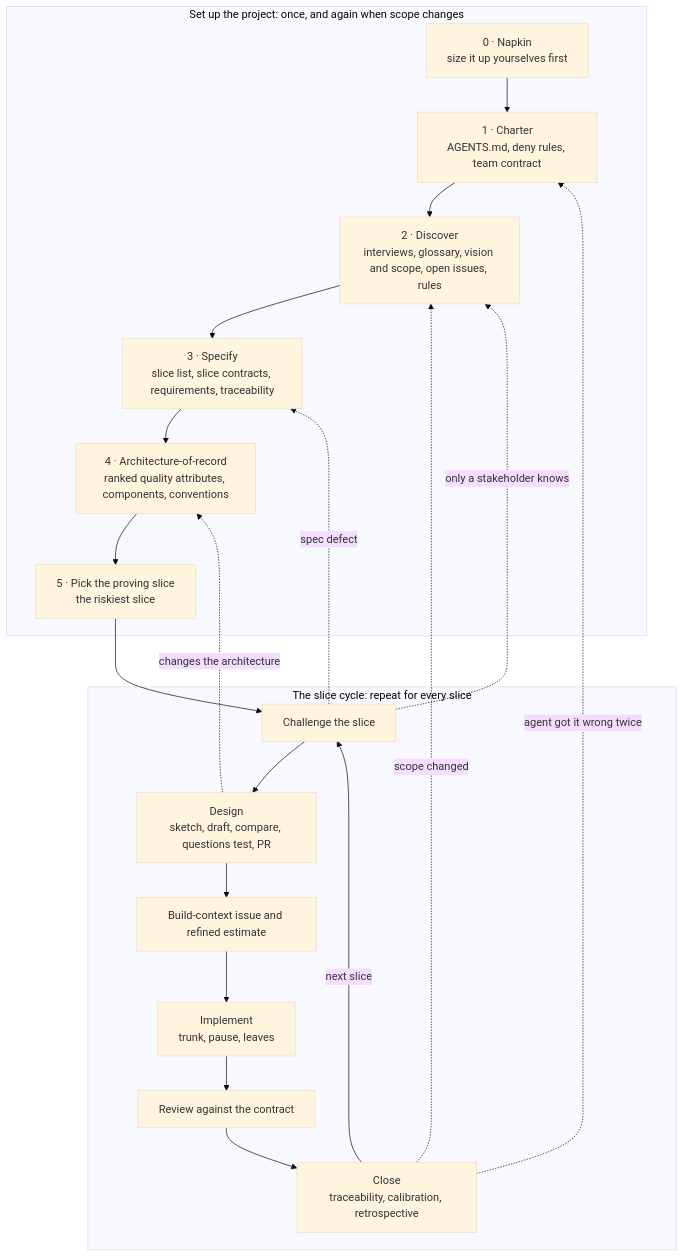
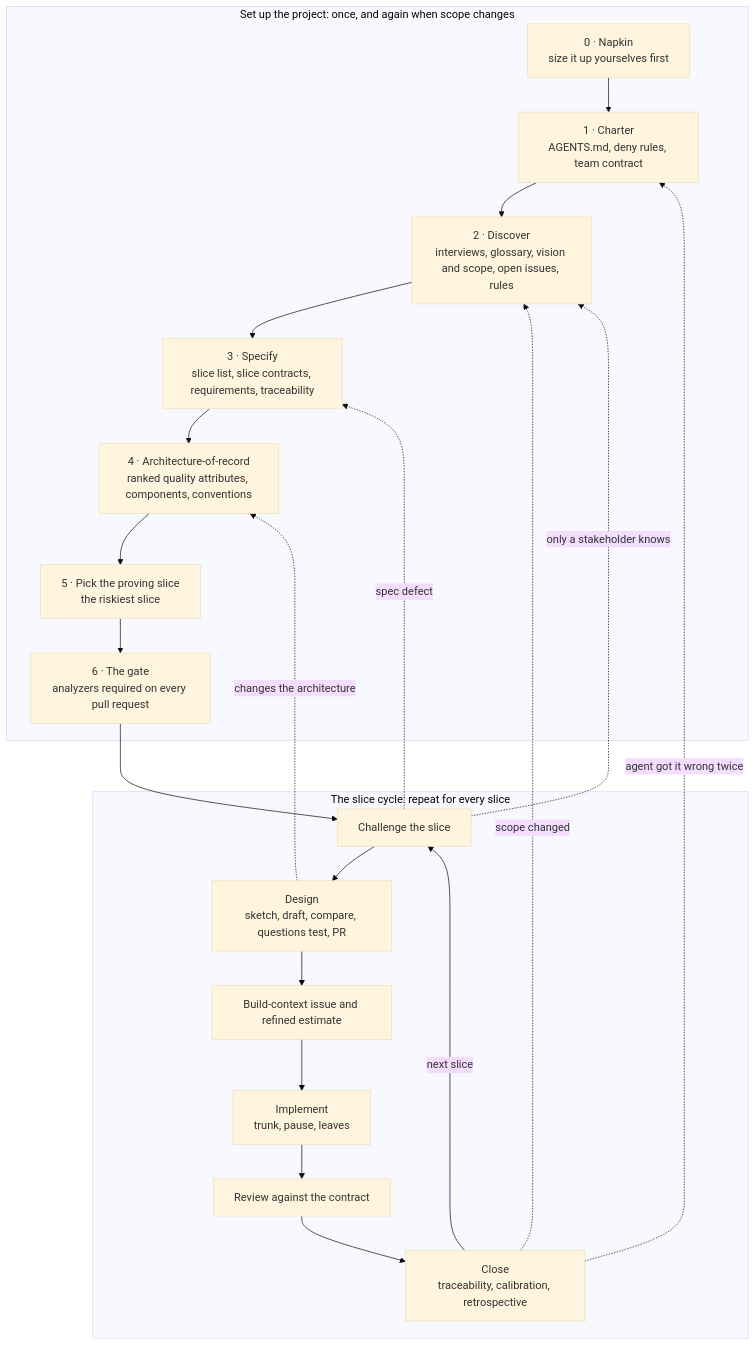
One commit to MattStaff0/se-lifecycle-skills changed the diagram in skills/lifecycle/references/cycle.md. Above: the diagram before and after it, drawn with Mermaid (base theme). The commit also changed other lines of this file and 15 other files, not shown here.

First line of the commit message:
Add the static-analysis skill: analyzers as a pull request gate

````diff
--- a/skills/lifecycle/references/cycle.md
+++ b/skills/lifecycle/references/cycle.md
@@ -9,26 +9,27 @@
 ```mermaid
 flowchart TD
     subgraph SETUP["Set up the project: once, and again when scope changes"]
         N["0 · Napkin<br/>size it up yourselves first"] --> C["1 · Charter<br/>AGENTS.md, deny rules, team contract"]
         C --> D["2 · Discover<br/>interviews, glossary, vision and scope, open issues, rules"]
         D --> K["3 · Specify<br/>slice list, slice contracts, requirements, traceability"]
         K --> A["4 · Architecture-of-record<br/>ranked quality attributes, components, conventions"]
         A --> P["5 · Pick the proving slice<br/>the riskiest slice"]
+        P --> G["6 · The gate<br/>analyzers required on every pull request"]
     end
 
     subgraph LOOP["The slice cycle: repeat for every slice"]
         CH["Challenge the slice"] --> DS["Design<br/>sketch, draft, compare, questions test, PR"]
         DS --> ES["Build-context issue and refined estimate"]
         ES --> IM["Implement<br/>trunk, pause, leaves"]
         IM --> RV["Review against the contract"]
         RV --> CL["Close<br/>traceability, calibration, retrospective"]
         CL -->|next slice| CH
     end
 
-    P --> CH
+    G --> CH
     CH -.->|spec defect| K
     CH -.->|only a stakeholder knows| D
     DS -.->|changes the architecture| A
     CL -.->|agent got it wrong twice| C
     CL -.->|scope changed| D
 ```
````
